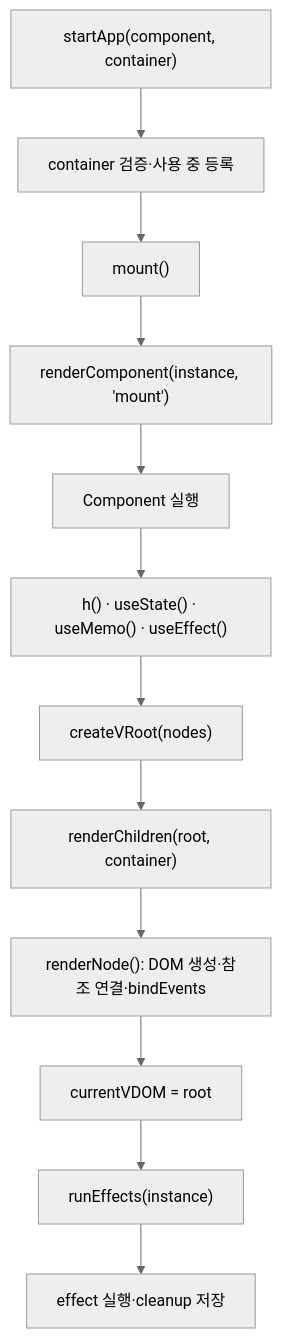
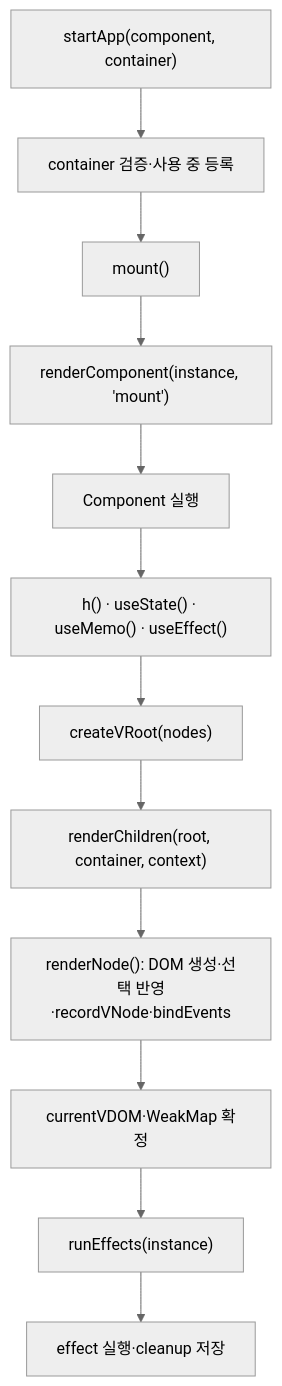
The second of 5 diagrams in docs/p2_function_flow.md (bennjung/jungle-mini-react-week11), drawn with Mermaid (neutral theme) before and after one commit. The commit also changed other lines of this file and 19 other files, not shown here.

````diff
--- a/docs/p2_function_flow.md
+++ b/docs/p2_function_flow.md
@@ -72,14 +79,14 @@
 ```mermaid
 flowchart TD
     A["startApp(component, container)"] --> B["container 검증·사용 중 등록"]
     B --> C["mount()"]
     C --> D["renderComponent(instance, 'mount')"]
     D --> E["Component 실행"]
     E --> F["h() · useState() · useMemo() · useEffect()"]
     F --> G["createVRoot(nodes)"]
-    G --> H["renderChildren(root, container)"]
-    H --> I["renderNode(): DOM 생성·참조 연결·bindEvents"]
-    I --> J["currentVDOM = root"]
+    G --> H["renderChildren(root, container, context)"]
+    H --> I["renderNode(): DOM 생성·선택 반영·recordVNode·bindEvents"]
+    I --> J["currentVDOM·WeakMap 확정"]
     J --> K["runEffects(instance)"]
     K --> L["effect 실행·cleanup 저장"]
 ```
````
